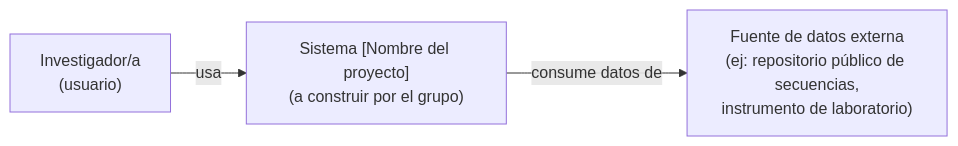
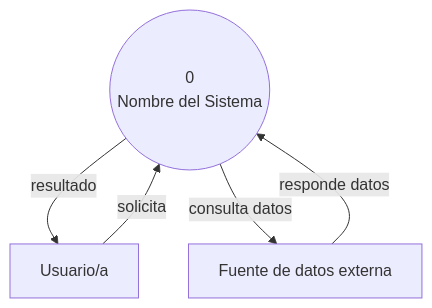
One commit to AgustinGaitan2/LocalBlast_2026 changed the second of 2 diagrams in docs/tp/tp1-requerimientos.md. Above: the diagram before and after it, drawn with Mermaid. The commit also changed other lines of this file and 1 other file, not shown here.

Commit message:
docs(tp1): generaliza a Ciencias de Datos, grupos 2-3, proyecto propuesto por estudiantes, canvas al SRS, contexto en DFD Nivel 0

````diff
--- a/docs/tp/tp1-requerimientos.md
+++ b/docs/tp/tp1-requerimientos.md
@@ -121,5 +125,11 @@
 ```mermaid
-flowchart LR
-    U["Investigador/a<br/>(usuario)"] -->|usa| S["Sistema [Nombre del proyecto]<br/>(a construir por el grupo)"]
-    S -->|consume datos de| F["Fuente de datos externa<br/>(ej: repositorio público de secuencias,<br/>instrumento de laboratorio)"]
+flowchart TD
+    P((0<br/>Nombre del Sistema))
+    U[Usuario/a]
+    F[Fuente de datos externa]
+
+    U -->|solicita| P
+    P -->|resultado| U
+    P -->|consulta datos| F
+    F -->|responde datos| P
 ```
````
